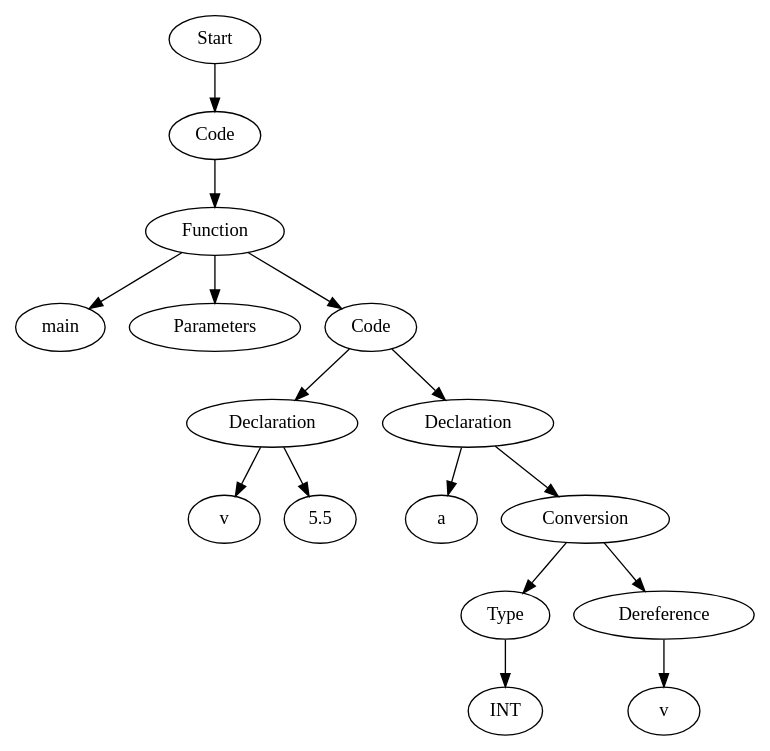
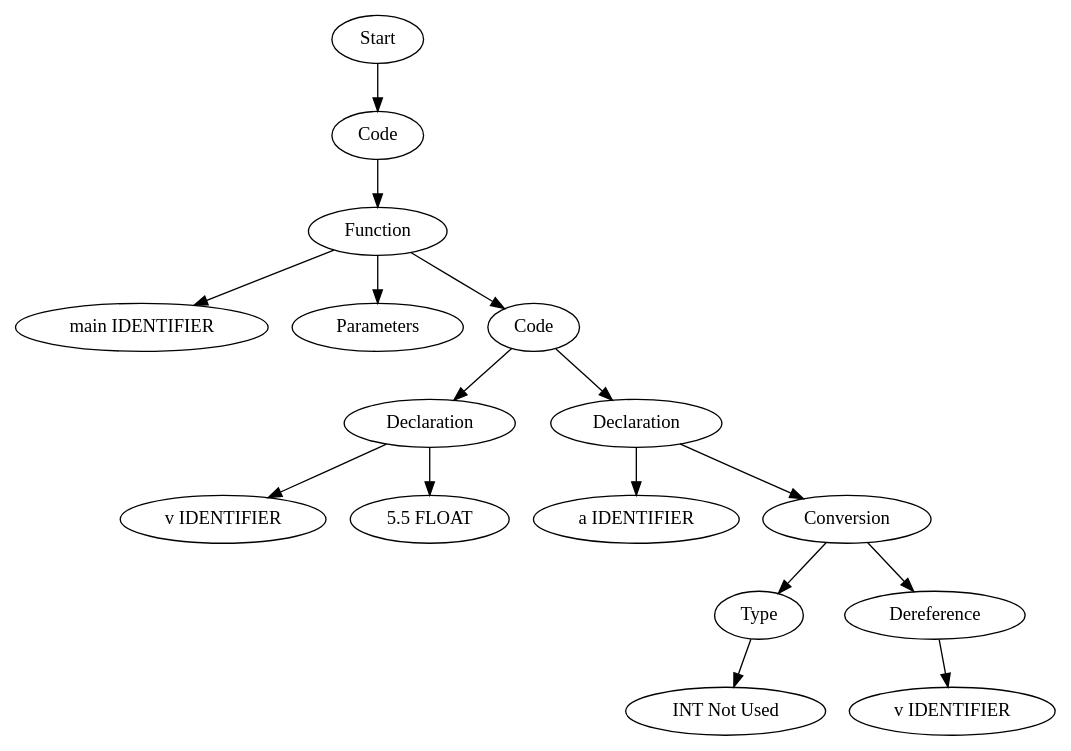
The diagram in TestCases/ASTTests/ValueAdderTests/createTests/read_file_before.dot (Are-you-listening/Compilers), drawn with Graphviz before and after one commit. The commit also changed 208 other files, not shown here.

```diff
--- a/TestCases/ASTTests/ValueAdderTests/createTests/read_file_before.dot
+++ b/TestCases/ASTTests/ValueAdderTests/createTests/read_file_before.dot
@@ -1,33 +1,33 @@
 digraph AST {
-  "134760312774064" [label="Start"];
-  "134760312774064" -> "134760312776800";
-  "134760312776800" [label="Code"];
-  "134760312776800" -> "134760312774688";
-  "134760312774688" [label="Function"];
-  "134760312774688" -> "134760312775696";
-  "134760312774688" -> "134760312776080";
-  "134760312774688" -> "134760312773728";
-  "134760312775696" [label="main"];
-  "134760312776080" [label="Parameters"];
-  "134760312773728" [label="Code"];
-  "134760312773728" -> "134760312768112";
-  "134760312773728" -> "134760312774448";
-  "134760312768112" [label="Declaration"];
-  "134760312768112" -> "134760312777952";
-  "134760312768112" -> "134760312774736";
-  "134760312777952" [label="v"];
-  "134760312774736" [label="5.5"];
-  "134760312774448" [label="Declaration"];
-  "134760312774448" -> "134760312772720";
-  "134760312774448" -> "134760312782032";
-  "134760312772720" [label="a"];
-  "134760312782032" [label="Conversion"];
-  "134760312782032" -> "134760312782272";
-  "134760312782032" -> "134760312777040";
-  "134760312782272" [label="Type"];
-  "134760312782272" -> "134760312782128";
-  "134760312782128" [label="INT"];
-  "134760312777040" [label="Dereference"];
-  "134760312777040" -> "134760312777280";
-  "134760312777280" [label="v"];
+  "130879418723840" [label="Start"];
+  "130879418723840" -> "130879418720528";
+  "130879418720528" [label="Code"];
+  "130879418720528" -> "130879418716064";
+  "130879418716064" [label="Function"];
+  "130879418716064" -> "130879418724128";
+  "130879418716064" -> "130879418713328";
+  "130879418716064" -> "130879418727152";
+  "130879418724128" [label="main IDENTIFIER"];
+  "130879418713328" [label="Parameters"];
+  "130879418727152" [label="Code"];
+  "130879418727152" -> "130879418723072";
+  "130879418727152" -> "130879418722304";
+  "130879418723072" [label="Declaration"];
+  "130879418723072" -> "130879418723888";
+  "130879418723072" -> "130879418723456";
+  "130879418723888" [label="v IDENTIFIER"];
+  "130879418723456" [label="5.5 FLOAT"];
+  "130879418722304" [label="Declaration"];
+  "130879418722304" -> "130879418721248";
+  "130879418722304" -> "130879418718992";
+  "130879418721248" [label="a IDENTIFIER"];
+  "130879418718992" [label="Conversion"];
+  "130879418718992" -> "130879418715968";
+  "130879418718992" -> "130879418720480";
+  "130879418715968" [label="Type"];
+  "130879418715968" -> "130879418724464";
+  "130879418724464" [label="INT Not Used"];
+  "130879418720480" [label="Dereference"];
+  "130879418720480" -> "130879418726960";
+  "130879418726960" [label="v IDENTIFIER"];
 }
```
